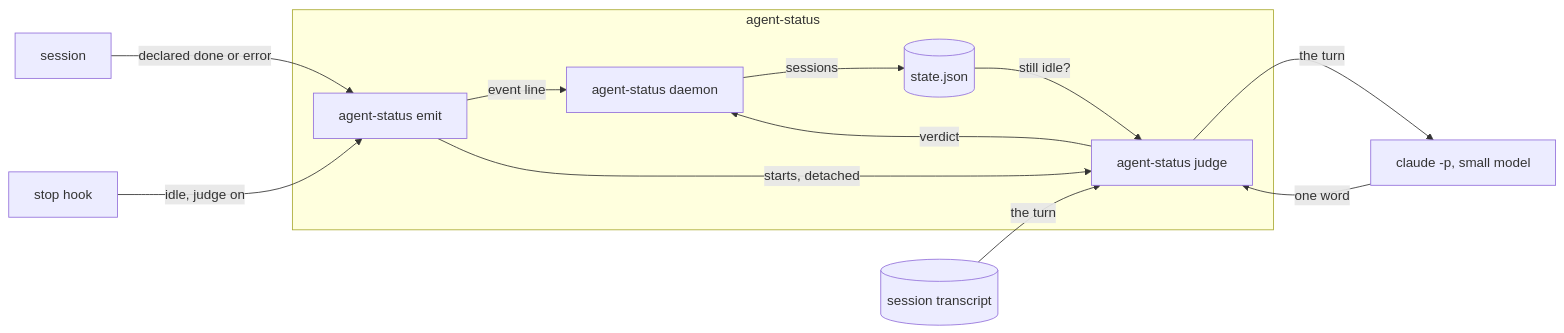
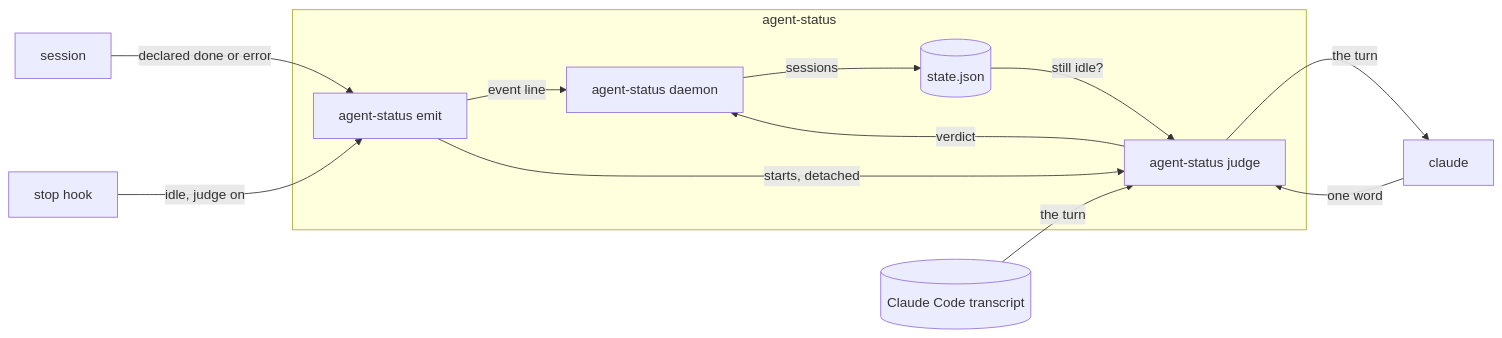
One commit to jvrsantacruz/agent-status changed the diagram in docs/systems/agent-status/agent-status-outcome-spec.md. Above: the diagram before and after it, drawn with Mermaid. The commit also changed other lines of this file and 5 other files, not shown here.

````diff
--- a/docs/systems/agent-status/agent-status-outcome-spec.md
+++ b/docs/systems/agent-status/agent-status-outcome-spec.md
@@ -14,15 +14,15 @@
 ```mermaid
 flowchart LR
   agent[session] -- declared done or error --> emit
   hook[stop hook] -- idle, judge on --> emit
   subgraph agent-status
     emit[agent-status emit] -- event line --> daemon[agent-status daemon]
     emit -- starts, detached --> judge[agent-status judge]
     daemon -- sessions --> state[(state.json)]
     state -- still idle? --> judge
     judge -- verdict --> daemon
   end
-  transcript[(session transcript)] -- the turn --> judge
-  judge -- the turn --> model[claude -p, small model]
+  transcript[(Claude Code transcript)] -- the turn --> judge
+  judge -- the turn --> model[claude]
   model -- one word --> judge
 ```
````
